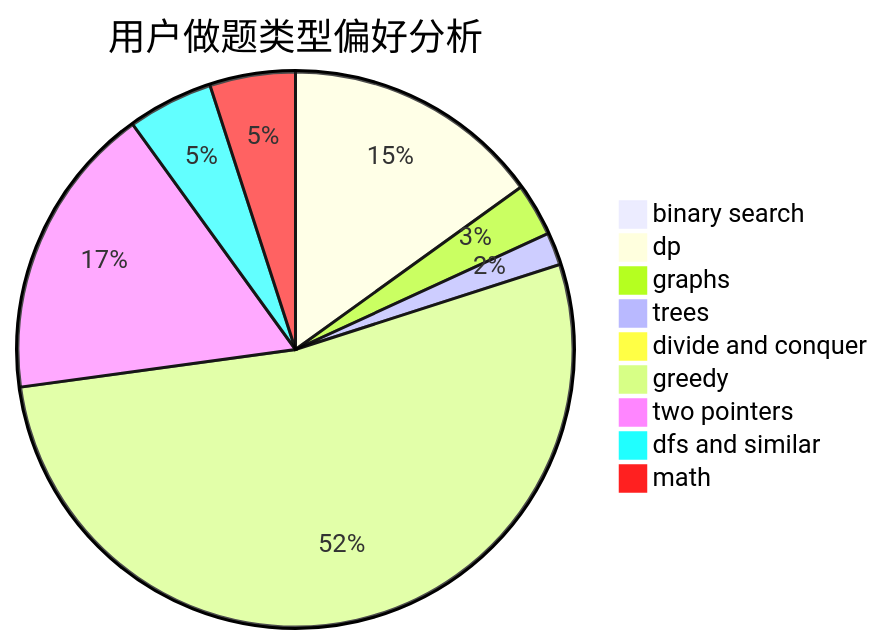
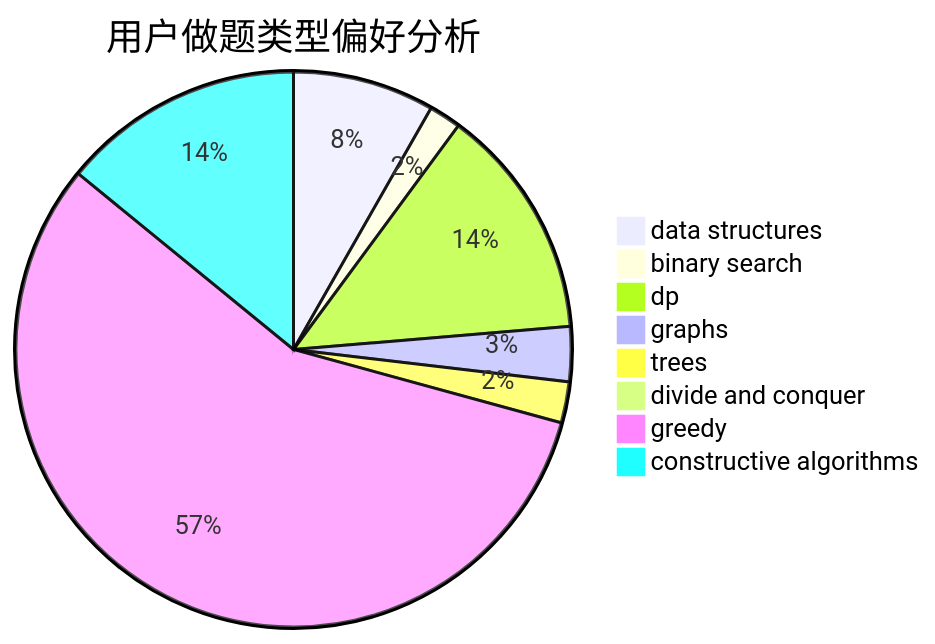
One commit to sherpahu/cfrs.github.io changed the second of 3 diagrams in docs/user/u2724.md. Above: the diagram before and after it, drawn with Mermaid. The commit also changed other lines of this file and 2775 other files, not shown here.

````diff
--- a/docs/user/u2724.md
+++ b/docs/user/u2724.md
@@ -23,12 +23,11 @@
 ```mermaid
 pie title 用户做题类型偏好分析
-    "binary search" :  8
-    "dp" :  127
-    "graphs" :  26
-    "trees" :  16
-    "divide and conquer" :  4
-    "greedy" :  445
-    "two pointers" :  145
-    "dfs and similar" :  42
-    "math" :  42
+    "data structures" :  31
+    "binary search" :  7
+    "dp" :  51
+    "graphs" :  12
+    "trees" :  9
+    "divide and conquer" :  0
+    "greedy" :  213
+    "constructive algorithms" :  53
 ```
````
